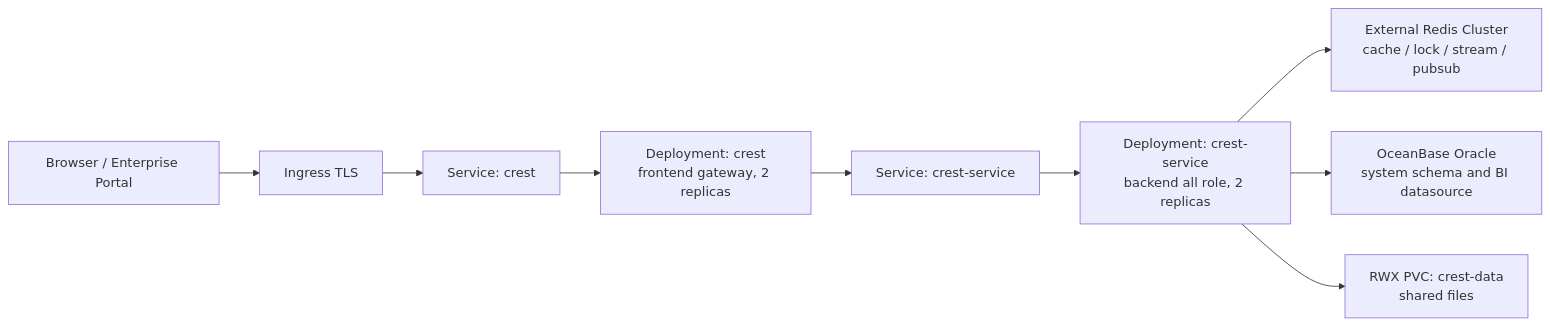
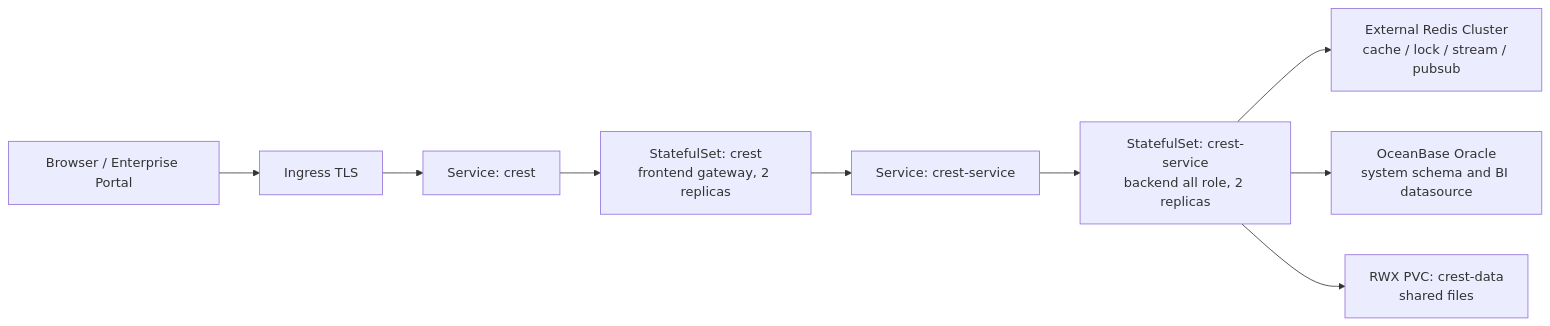
Before and after one commit to sevoniva/crest-core: the diagram in README.md, drawn with Mermaid. The commit also changed 30 other files, not shown here.

````diff
--- a/README.md
+++ b/README.md
@@ -22,17 +22,17 @@
 ```mermaid
 flowchart LR
   user["Browser / Enterprise Portal"]
   ingress["Ingress TLS"]
   websvc["Service: crest"]
-  web["Deployment: crest\nfrontend gateway, 2 replicas"]
+  web["StatefulSet: crest\nfrontend gateway, 2 replicas"]
   apisvc["Service: crest-service"]
-  api["Deployment: crest-service\nbackend all role, 2 replicas"]
+  api["StatefulSet: crest-service\nbackend all role, 2 replicas"]
   redis["External Redis Cluster\ncache / lock / stream / pubsub"]
   ob["OceanBase Oracle\nsystem schema and BI datasource"]
   pvc["RWX PVC: crest-data\nshared files"]
 
   user --> ingress --> websvc --> web --> apisvc --> api
   api --> redis
   api --> ob
   api --> pvc
 ```
````
